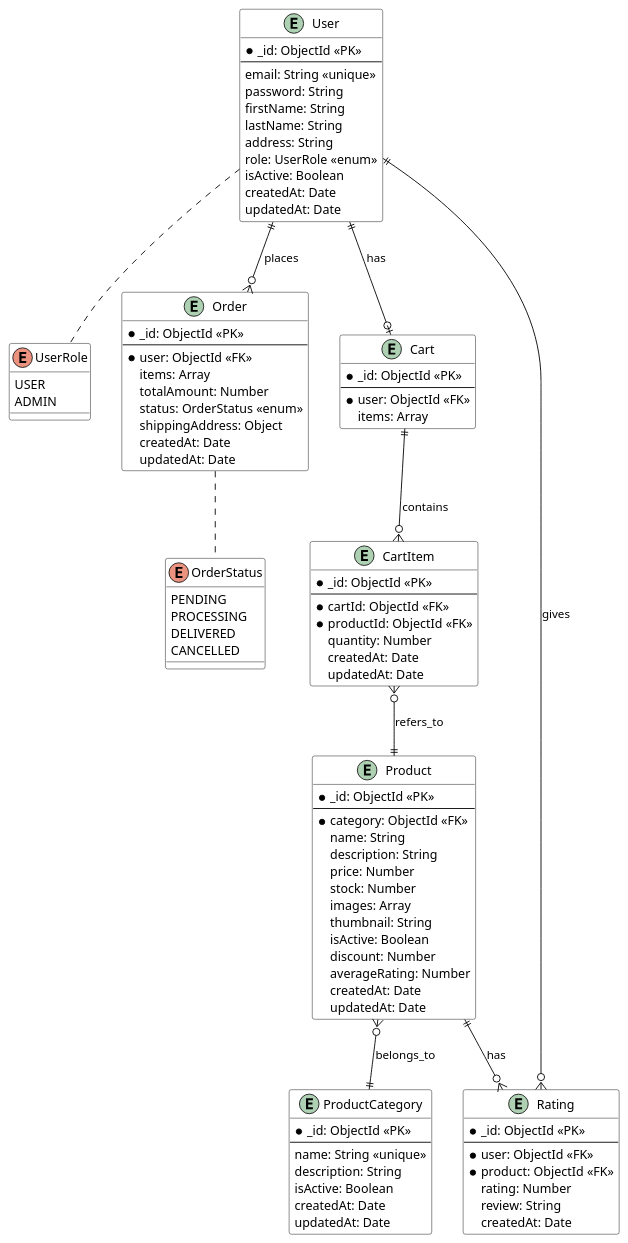
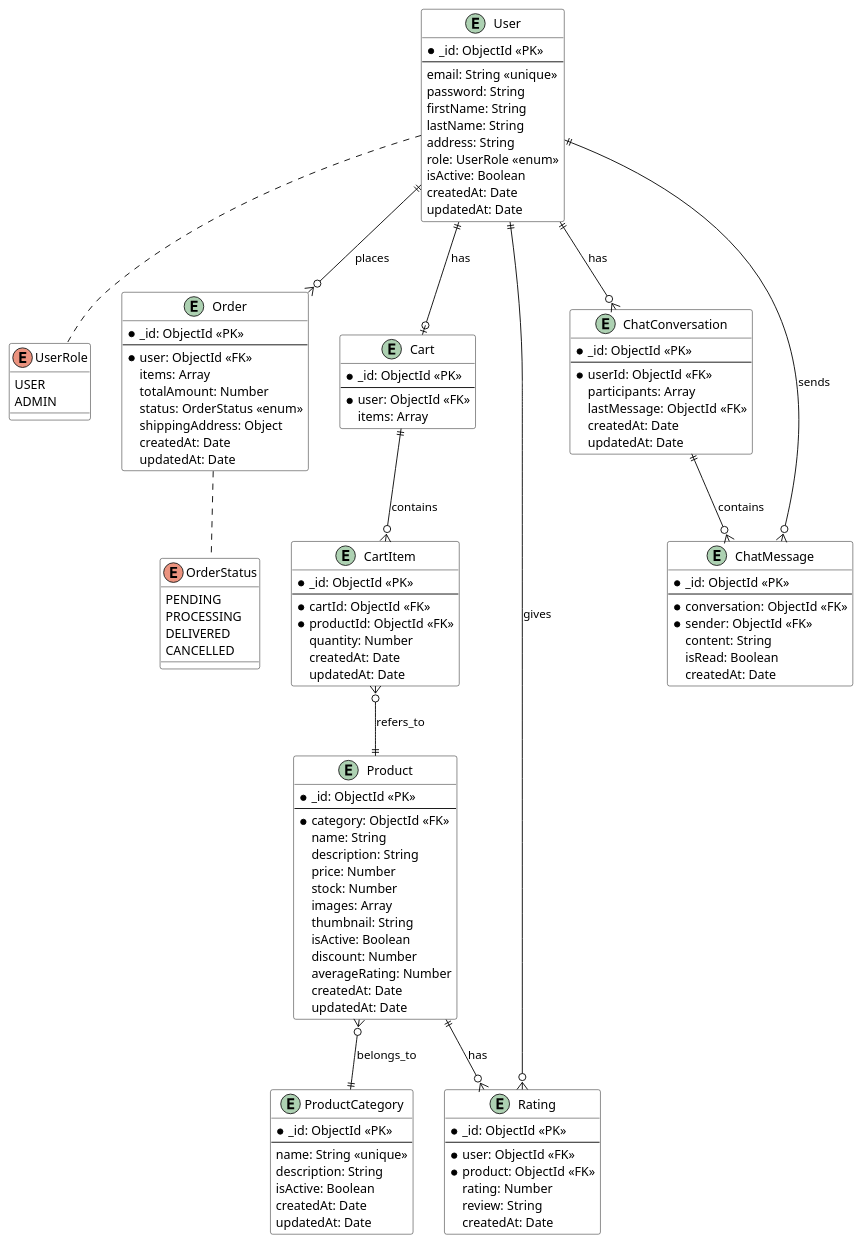
Before and after one commit to phongth803/tichhop: the diagram in erd.pu, drawn with PlantUML. The commit also changed 16 other files, not shown here.

```diff
--- a/erd.pu
+++ b/erd.pu
@@ -1,117 +1,140 @@
 @startuml
 
 ' Định nghĩa style
 skinparam class {
     BackgroundColor White
     ArrowColor Black
     BorderColor Black
 }
 
 ' Định nghĩa enum
 enum UserRole {
     USER
     ADMIN
 }
 
 enum OrderStatus {
     PENDING
     PROCESSING
     DELIVERED
     CANCELLED
 }
 
 ' Định nghĩa entities
 entity "User" {
     *_id: ObjectId <<PK>>
     --
     email: String <<unique>>
     password: String
     firstName: String
     lastName: String
     address: String
     role: UserRole <<enum>>
     isActive: Boolean
     createdAt: Date
     updatedAt: Date
 }
 
 entity "Product" {
     *_id: ObjectId <<PK>>
     --
     *category: ObjectId <<FK>>
     name: String
     description: String
     price: Number
     stock: Number
     images: Array
     thumbnail: String
     isActive: Boolean
     discount: Number
     averageRating: Number
     createdAt: Date
     updatedAt: Date
 }
 
 entity "ProductCategory" {
     *_id: ObjectId <<PK>>
     --
     name: String <<unique>>
     description: String
     isActive: Boolean
     createdAt: Date
     updatedAt: Date
 }
 
 entity "Order" {
     *_id: ObjectId <<PK>>
     --
     *user: ObjectId <<FK>>
     items: Array
     totalAmount: Number
     status: OrderStatus <<enum>>
     shippingAddress: Object
     createdAt: Date
     updatedAt: Date
 }
 
 entity "Cart" {
     *_id: ObjectId <<PK>>
     --
     *user: ObjectId <<FK>>
     items: Array
 }
 
 entity "CartItem" {
     *_id: ObjectId <<PK>>
     --
     *cartId: ObjectId <<FK>>
     *productId: ObjectId <<FK>>
     quantity: Number
     createdAt: Date
     updatedAt: Date
 }
 
 entity "Rating" {
     *_id: ObjectId <<PK>>
     --
     *user: ObjectId <<FK>>
     *product: ObjectId <<FK>>
     rating: Number
     review: String
     createdAt: Date
 }
 
+entity "ChatConversation" {
+    *_id: ObjectId <<PK>>
+    --
+    *userId: ObjectId <<FK>>
+    participants: Array
+    lastMessage: ObjectId <<FK>>
+    createdAt: Date
+    updatedAt: Date
+}
+
+entity "ChatMessage" {
+    *_id: ObjectId <<PK>>
+    --
+    *conversation: ObjectId <<FK>>
+    *sender: ObjectId <<FK>>
+    content: String
+    isRead: Boolean
+    createdAt: Date
+}
+
 ' Định nghĩa relationships chính
 User ||--o{ Order : places
 User ||--o| Cart : has
 Product }o--|| ProductCategory : belongs_to
 Cart ||--o{ CartItem : contains
 CartItem }o--|| Product : refers_to
 Product ||--o{ Rating : has
 User ||--o{ Rating : gives
+User ||--o{ ChatConversation : has
+ChatConversation ||--o{ ChatMessage : contains
+User ||--o{ ChatMessage : sends
 
 ' Định nghĩa relationships với enum
 User .. UserRole
 Order .. OrderStatus
 
 @enduml 
```
